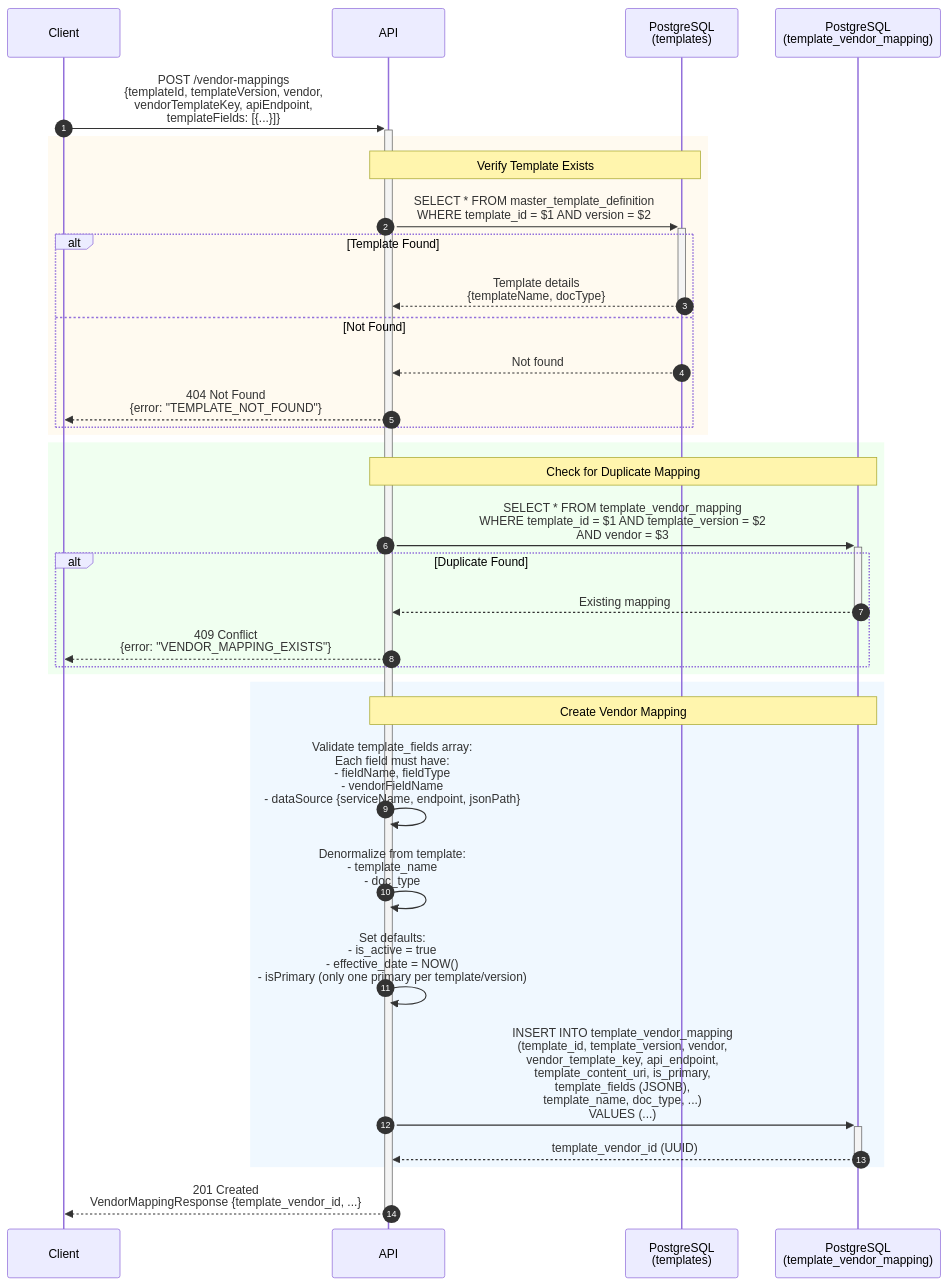
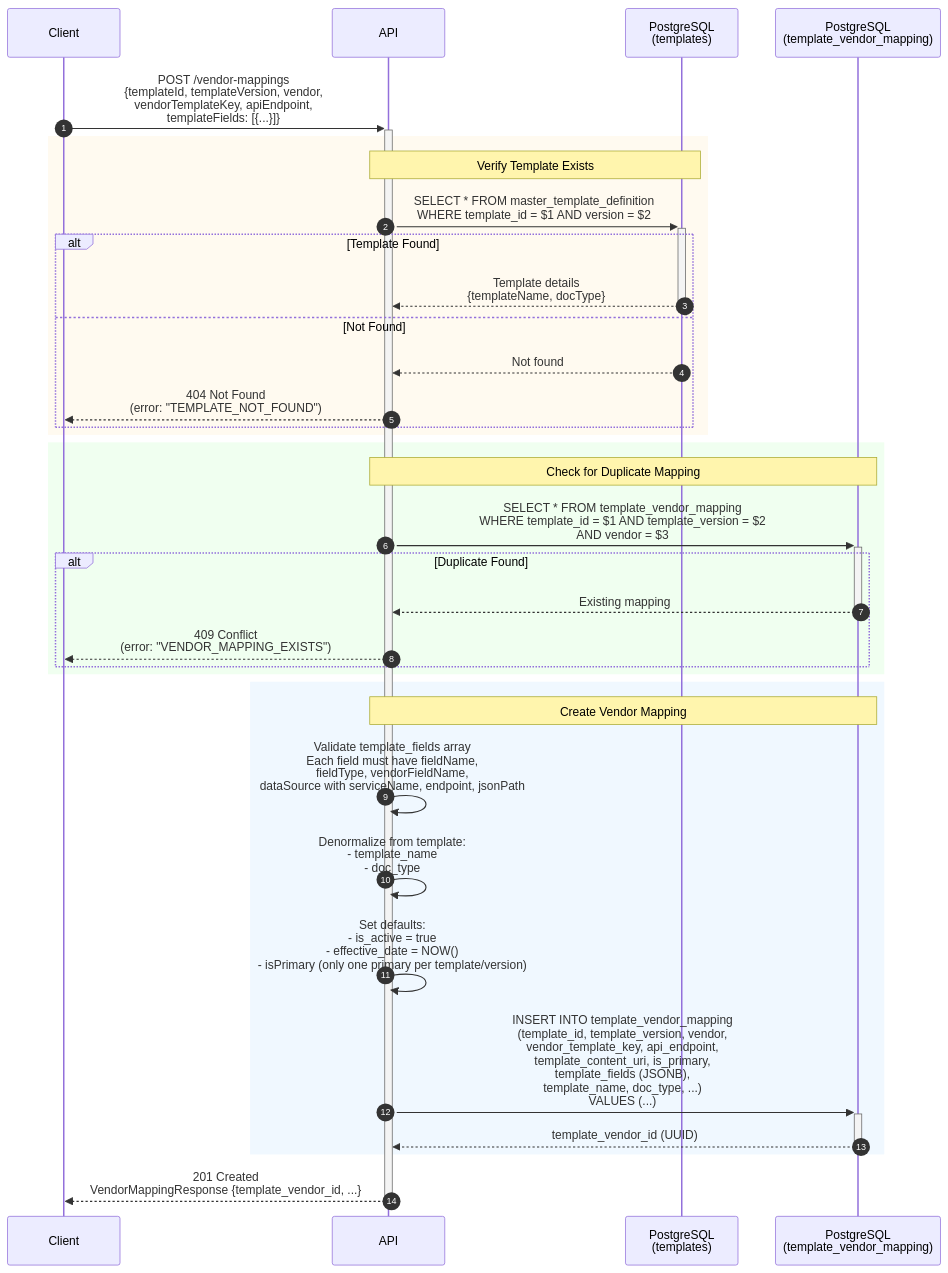
The ninth of 14 diagrams in docs/sequence-diagrams/complete_api_sequence_diagrams.md (ghmd86/document-hub), drawn with Mermaid before and after one commit. The commit also changed other lines of this file, not shown here.

First line of the commit message:
Fix Mermaid syntax errors in sequence diagrams

````diff
--- a/docs/sequence-diagrams/complete_api_sequence_diagrams.md
+++ b/docs/sequence-diagrams/complete_api_sequence_diagrams.md
@@ -490,48 +490,48 @@
 ```mermaid
 sequenceDiagram
     autonumber
 
     participant Client
     participant API
     participant TemplateDB as PostgreSQL<br/>(templates)
     participant VendorDB as PostgreSQL<br/>(template_vendor_mapping)
 
     Client->>+API: POST /vendor-mappings<br/>{templateId, templateVersion, vendor,<br/>vendorTemplateKey, apiEndpoint,<br/>templateFields: [{...}]}
 
     rect rgb(255, 250, 240)
         Note over API,TemplateDB: Verify Template Exists
         API->>+TemplateDB: SELECT * FROM master_template_definition<br/>WHERE template_id = $1 AND version = $2
 
         alt Template Found
             TemplateDB-->>-API: Template details<br/>{templateName, docType}
         else Not Found
             TemplateDB-->>API: Not found
-            API-->>Client: 404 Not Found<br/>{error: "TEMPLATE_NOT_FOUND"}
+            API-->>Client: 404 Not Found<br/>(error: "TEMPLATE_NOT_FOUND")
         end
     end
 
     rect rgb(240, 255, 240)
         Note over API,VendorDB: Check for Duplicate Mapping
         API->>+VendorDB: SELECT * FROM template_vendor_mapping<br/>WHERE template_id = $1 AND template_version = $2<br/>AND vendor = $3
 
         alt Duplicate Found
             VendorDB-->>-API: Existing mapping
-            API-->>Client: 409 Conflict<br/>{error: "VENDOR_MAPPING_EXISTS"}
+            API-->>Client: 409 Conflict<br/>(error: "VENDOR_MAPPING_EXISTS")
         end
     end
 
     rect rgb(240, 248, 255)
         Note over API,VendorDB: Create Vendor Mapping
-        API->>API: Validate template_fields array:<br/>Each field must have:<br/>- fieldName, fieldType<br/>- vendorFieldName<br/>- dataSource {serviceName, endpoint, jsonPath}
+        API->>API: Validate template_fields array<br/>Each field must have fieldName,<br/>fieldType, vendorFieldName,<br/>dataSource with serviceName, endpoint, jsonPath
 
         API->>API: Denormalize from template:<br/>- template_name<br/>- doc_type
 
         API->>API: Set defaults:<br/>- is_active = true<br/>- effective_date = NOW()<br/>- isPrimary (only one primary per template/version)
 
         API->>+VendorDB: INSERT INTO template_vendor_mapping<br/>(template_id, template_version, vendor,<br/>vendor_template_key, api_endpoint,<br/>template_content_uri, is_primary,<br/>template_fields (JSONB),<br/>template_name, doc_type, ...)<br/>VALUES (...)
 
         VendorDB-->>-API: template_vendor_id (UUID)
     end
 
     API-->>-Client: 201 Created<br/>VendorMappingResponse {template_vendor_id, ...}
 ```
````
